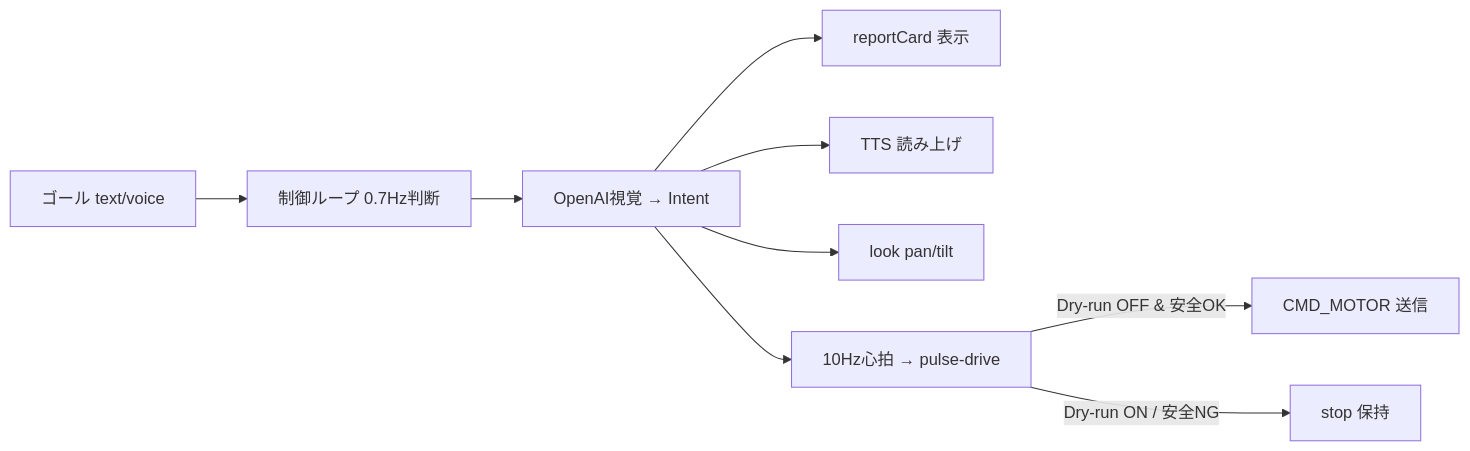
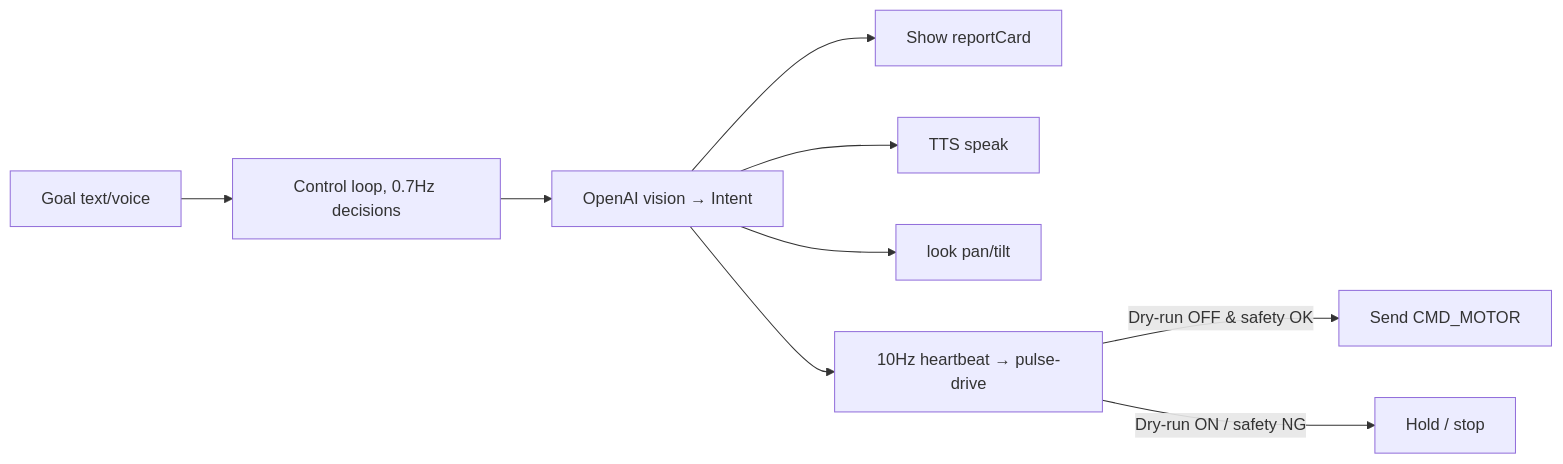
The third of 3 diagrams in DESIGN.md (xingyangJP/esp32-ai-robot), drawn with Mermaid before and after one commit. The commit also changed other lines of this file and 4 other files, not shown here.

````diff
--- a/DESIGN.md
+++ b/DESIGN.md
@@ -463,11 +469,11 @@
 ```mermaid
 flowchart LR
-  G[ゴール text/voice] --> L[制御ループ 0.7Hz判断]
-  L --> V[OpenAI視覚 → Intent]
-  V --> R[reportCard 表示]
-  V --> S[TTS 読み上げ]
+  G[Goal text/voice] --> L[Control loop, 0.7Hz decisions]
+  L --> V[OpenAI vision → Intent]
+  V --> R[Show reportCard]
+  V --> S[TTS speak]
   V --> H[look pan/tilt]
-  V --> D[10Hz心拍 → pulse-drive]
-  D -->|Dry-run OFF & 安全OK| M[CMD_MOTOR 送信]
-  D -->|Dry-run ON / 安全NG| X[stop 保持]
+  V --> D[10Hz heartbeat → pulse-drive]
+  D -->|Dry-run OFF & safety OK| M[Send CMD_MOTOR]
+  D -->|Dry-run ON / safety NG| X[Hold / stop]
 ```
````
